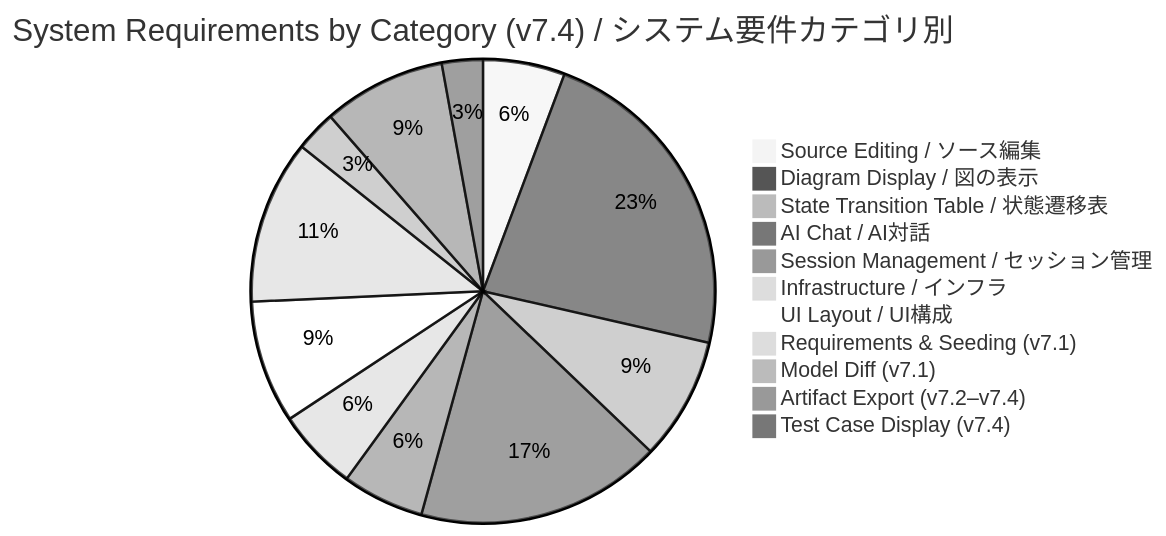
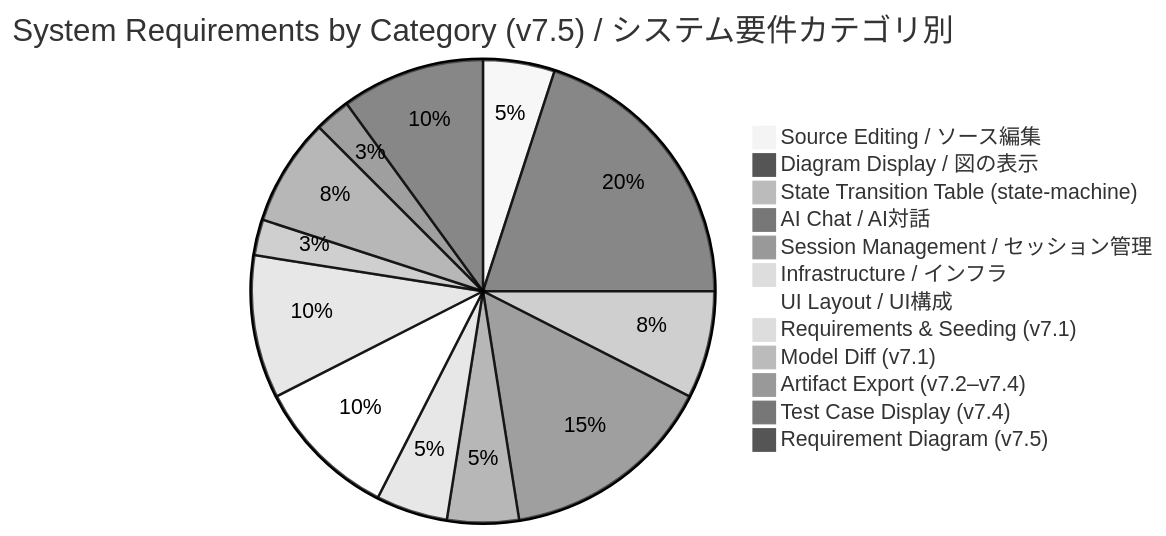
One commit to sho1884/ModelLogue changed the second of 2 diagrams in Doc/Traceability.md. Above: the diagram before and after it, drawn with Mermaid (neutral theme). The commit also changed other lines of this file and 8 other files, not shown here.

First line of the commit message:
Plan v7.5: model-type plugin architecture and requirement-diagram support

````diff
--- a/Doc/Traceability.md
+++ b/Doc/Traceability.md
@@ -225,14 +249,15 @@
 ```mermaid
-pie title System Requirements by Category (v7.4) / システム要件カテゴリ別
+pie title System Requirements by Category (v7.5) / システム要件カテゴリ別
     "Source Editing / ソース編集" : 2
     "Diagram Display / 図の表示" : 8
-    "State Transition Table / 状態遷移表" : 3
+    "State Transition Table (state-machine)" : 3
     "AI Chat / AI対話" : 6
     "Session Management / セッション管理" : 2
     "Infrastructure / インフラ" : 2
-    "UI Layout / UI構成" : 3
+    "UI Layout / UI構成" : 4
     "Requirements & Seeding (v7.1)" : 4
     "Model Diff (v7.1)" : 1
     "Artifact Export (v7.2–v7.4)" : 3
     "Test Case Display (v7.4)" : 1
+    "Requirement Diagram (v7.5)" : 4
 ```
````
